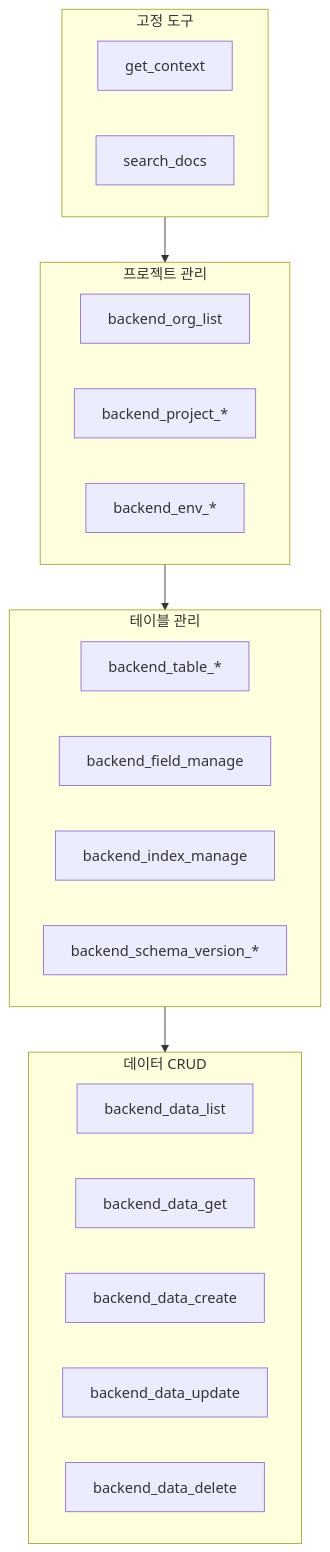
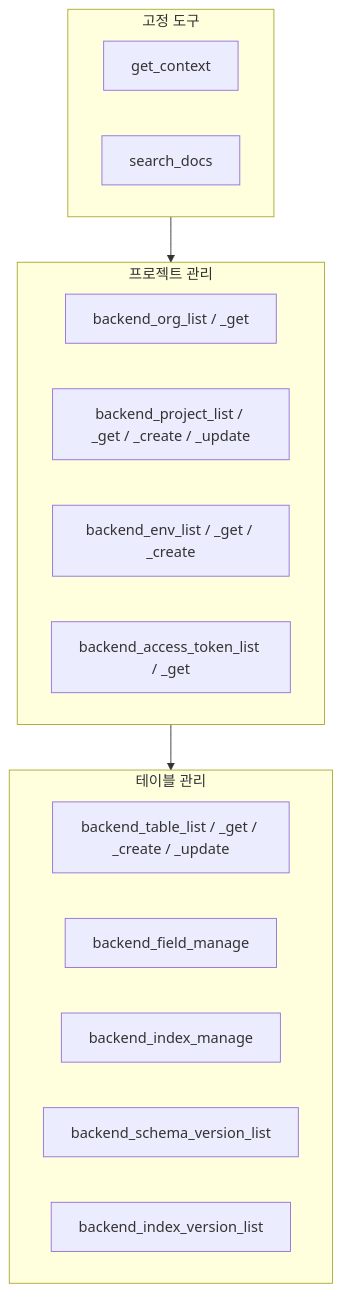
One commit to popup-studio-ai/bkend-docs changed the diagram in ko/mcp/01-overview.md. Above: the diagram before and after it, drawn with Mermaid. The commit also changed other lines of this file and 424 other files, not shown here.

````diff
--- a/ko/mcp/01-overview.md
+++ b/ko/mcp/01-overview.md
@@ -68,32 +72,25 @@
 ```mermaid
 graph TD
     subgraph Fixed["고정 도구"]
         A[get_context]
         B[search_docs]
     end
 
     subgraph Project["프로젝트 관리"]
-        D[backend_org_list]
-        E[backend_project_*]
-        F[backend_env_*]
+        C[backend_org_list / _get]
+        D[backend_project_list / _get / _create / _update]
+        E[backend_env_list / _get / _create]
+        F[backend_access_token_list / _get]
     end
 
     subgraph Table["테이블 관리"]
-        G[backend_table_*]
+        G[backend_table_list / _get / _create / _update]
         H[backend_field_manage]
         I[backend_index_manage]
-        J[backend_schema_version_*]
-    end
-
-    subgraph Data["데이터 CRUD"]
-        K[backend_data_list]
-        L[backend_data_get]
-        M[backend_data_create]
-        N[backend_data_update]
-        O[backend_data_delete]
+        J[backend_schema_version_list]
+        K[backend_index_version_list]
     end
 
     Fixed --> Project
     Project --> Table
-    Table --> Data
 ```
````
